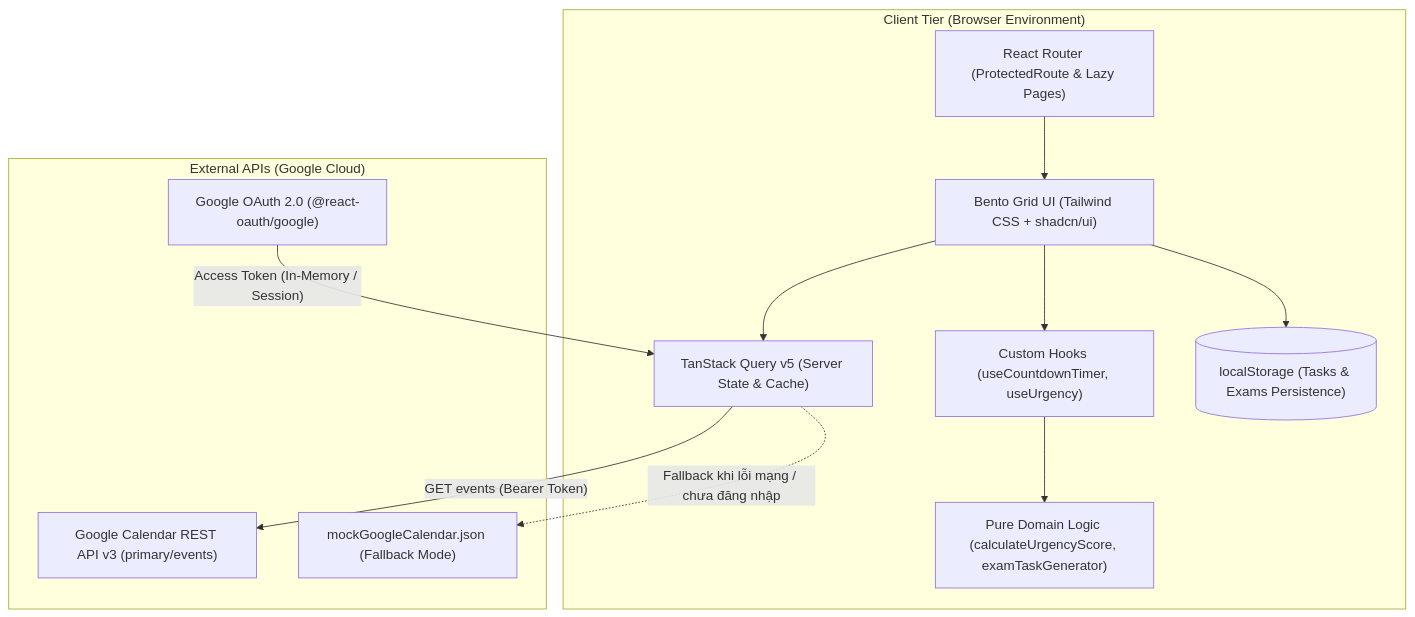
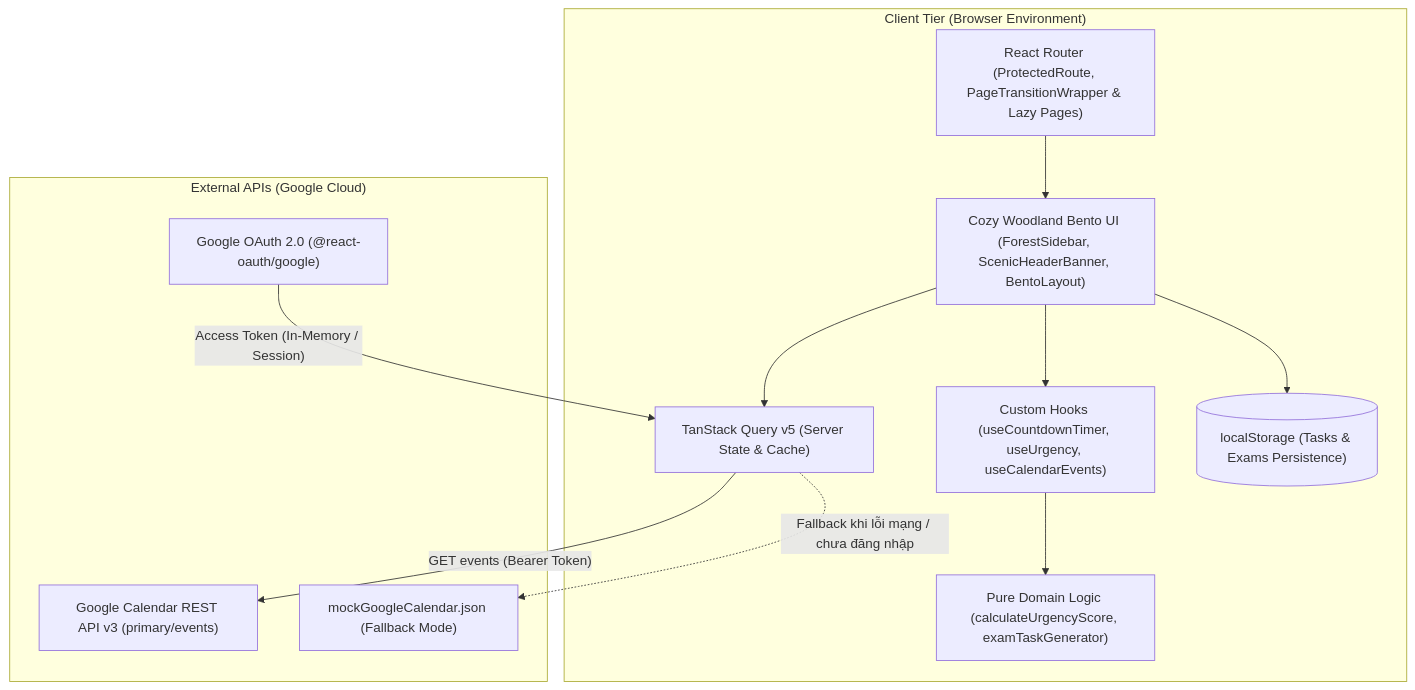
The first of 2 diagrams in docs/architecture.md (NgQKhanh2906/ProPTIT-TeamWeb-FE-OmniStudy), drawn with Mermaid before and after one commit. The commit also changed other lines of this file and 43 other files, not shown here.

Commit message:
docs(ui): redesign omnistudy to light-first cozy woodland bento system

````diff
--- a/docs/architecture.md
+++ b/docs/architecture.md
@@ -12,26 +12,26 @@
 ```mermaid
 flowchart TD
     subgraph Browser["Client Tier (Browser Environment)"]
-        Router["React Router (ProtectedRoute & Lazy Pages)"]
-        UI["Bento Grid UI (Tailwind CSS + shadcn/ui)"]
-        Hooks["Custom Hooks (useCountdownTimer, useUrgency)"]
+        Router["React Router (ProtectedRoute, PageTransitionWrapper & Lazy Pages)"]
+        UI["Cozy Woodland Bento UI (ForestSidebar, ScenicHeaderBanner, BentoLayout)"]
+        Hooks["Custom Hooks (useCountdownTimer, useUrgency, useCalendarEvents)"]
         PureLib["Pure Domain Logic (calculateUrgencyScore, examTaskGenerator)"]
         TQ["TanStack Query v5 (Server State & Cache)"]
         Storage[("localStorage (Tasks & Exams Persistence)")]
     end
 
     subgraph External["External APIs (Google Cloud)"]
         GoogleAuth["Google OAuth 2.0 (@react-oauth/google)"]
         GoogleCal["Google Calendar REST API v3 (primary/events)"]
         MockJSON["mockGoogleCalendar.json (Fallback Mode)"]
     end
 
     Router --> UI
     UI --> Hooks
     Hooks --> PureLib
     UI --> Storage
     UI --> TQ
     GoogleAuth -->|"Access Token (In-Memory / Session)"| TQ
     TQ -->|"GET events (Bearer Token)"| GoogleCal
     TQ -.->|"Fallback khi lỗi mạng / chưa đăng nhập"| MockJSON
 ```
````
